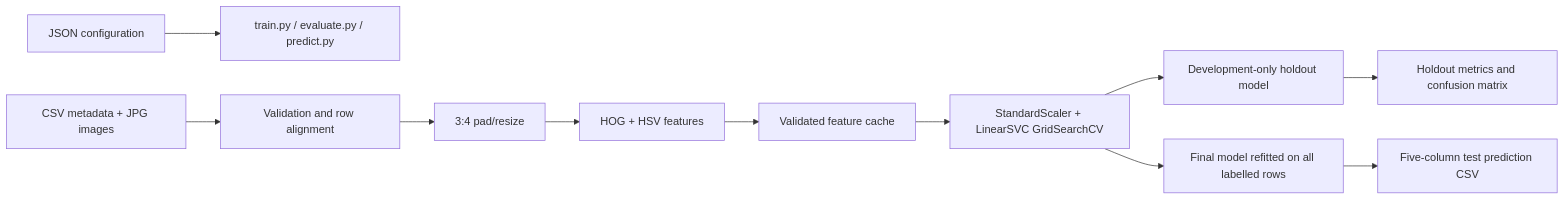
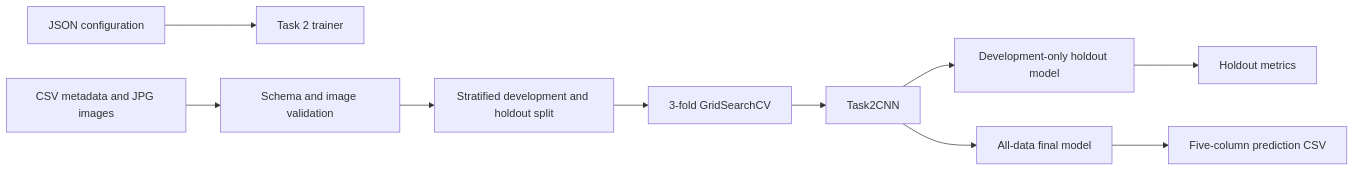
Before and after one commit to DatacollectorVN/COSC2753-Project: the first of 2 diagrams in task2/docs/architecture.md, drawn with Mermaid. The commit also changed other lines of this file and 31 other files, not shown here.

````diff
--- a/task2/docs/architecture.md
+++ b/task2/docs/architecture.md
@@ -5,13 +5,12 @@
 ```mermaid
 flowchart LR
-    C[JSON configuration] --> EP[train.py / evaluate.py / predict.py]
-    D[CSV metadata + JPG images] --> V[Validation and row alignment]
-    V --> F[3:4 pad/resize]
-    F --> H[HOG + HSV features]
-    H --> FC[Validated feature cache]
-    FC --> GS[StandardScaler + LinearSVC GridSearchCV]
-    GS --> HM[Development-only holdout model]
-    GS --> FM[Final model refitted on all labelled rows]
-    HM --> E[Holdout metrics and confusion matrix]
-    FM --> P[Five-column test prediction CSV]
+    C[JSON configuration] --> T[Task 2 trainer]
+    D[CSV metadata and JPG images] --> V[Schema and image validation]
+    V --> S[Stratified development and holdout split]
+    S --> G[3-fold GridSearchCV]
+    G --> N[Task2CNN]
+    N --> H[Development-only holdout model]
+    N --> F[All-data final model]
+    H --> E[Holdout metrics]
+    F --> P[Five-column prediction CSV]
 ```
````
